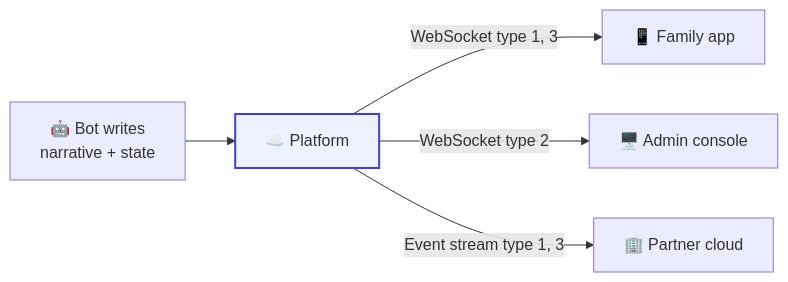
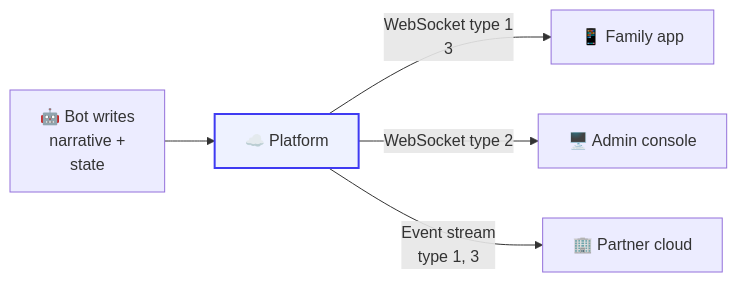
One commit to CareDailyAI/docs changed the second of 3 diagrams in guides/life_of_an_alert.md. Above: the diagram before and after it, drawn with Mermaid. The commit also changed other lines of this file and 30 other files, not shown here.

First line of the commit message:
Diagrams: wrap every flowchart label to short rows so Chrome stops clipping them

````diff
--- a/guides/life_of_an_alert.md
+++ b/guides/life_of_an_alert.md
@@ -84,8 +84,8 @@
 ```mermaid
 flowchart LR
-    B["🤖 Bot writes<br/>narrative + state"] --> P["☁️ Platform"]
-    P -->|"WebSocket type 1, 3"| A["📱 Family app"]
+    B["🤖 Bot writes<br/>narrative +<br/>state"] --> P["☁️ Platform"]
+    P -->|"WebSocket type 1<br/>3"| A["📱 Family app"]
     P -->|"WebSocket type 2"| C["🖥️ Admin console"]
-    P -->|"Event stream type 1, 3"| X["🏢 Partner cloud"]
+    P -->|"Event stream<br/>type 1, 3"| X["🏢 Partner cloud"]
     style P fill:#eef2ff,stroke:#3f3bf2,stroke-width:2px
 ```
````
